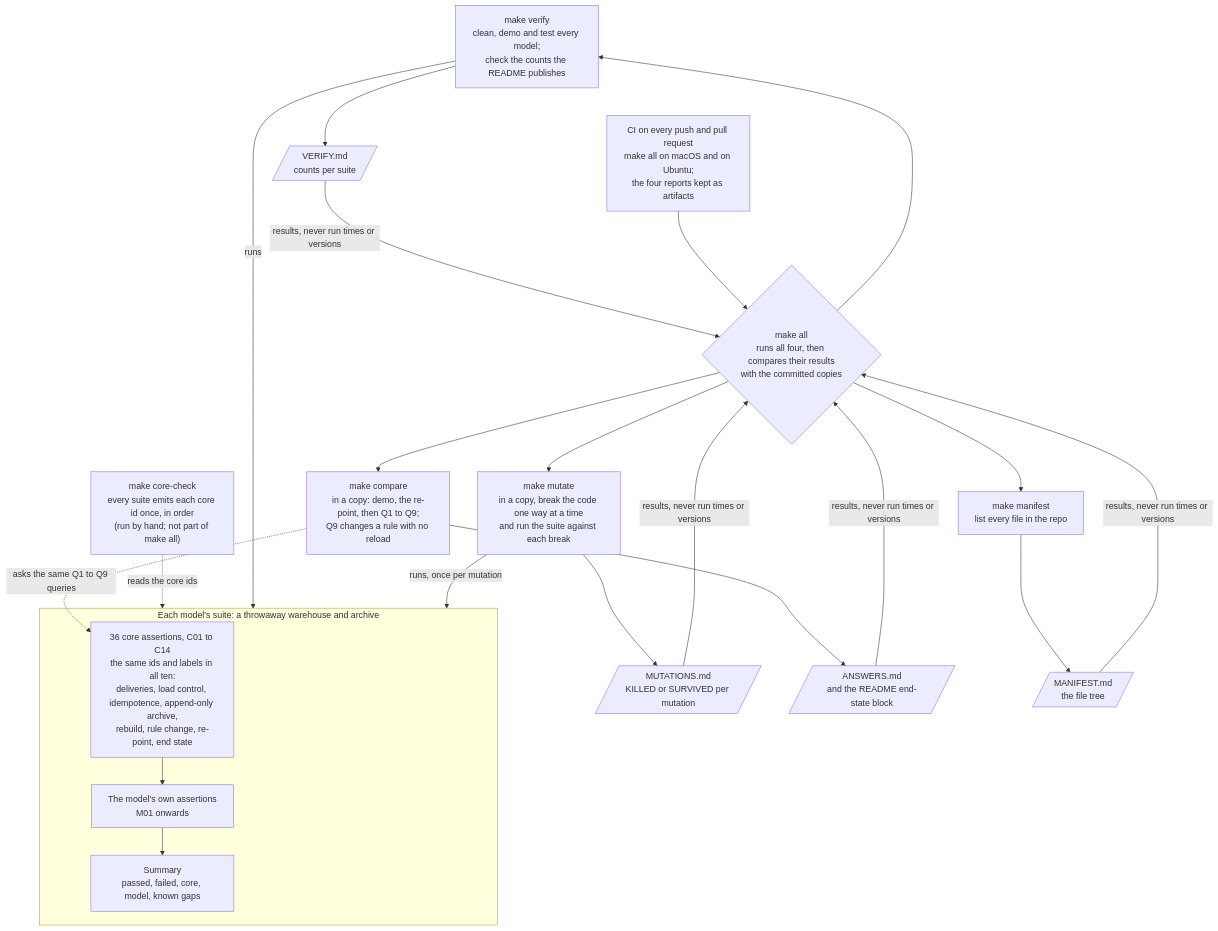
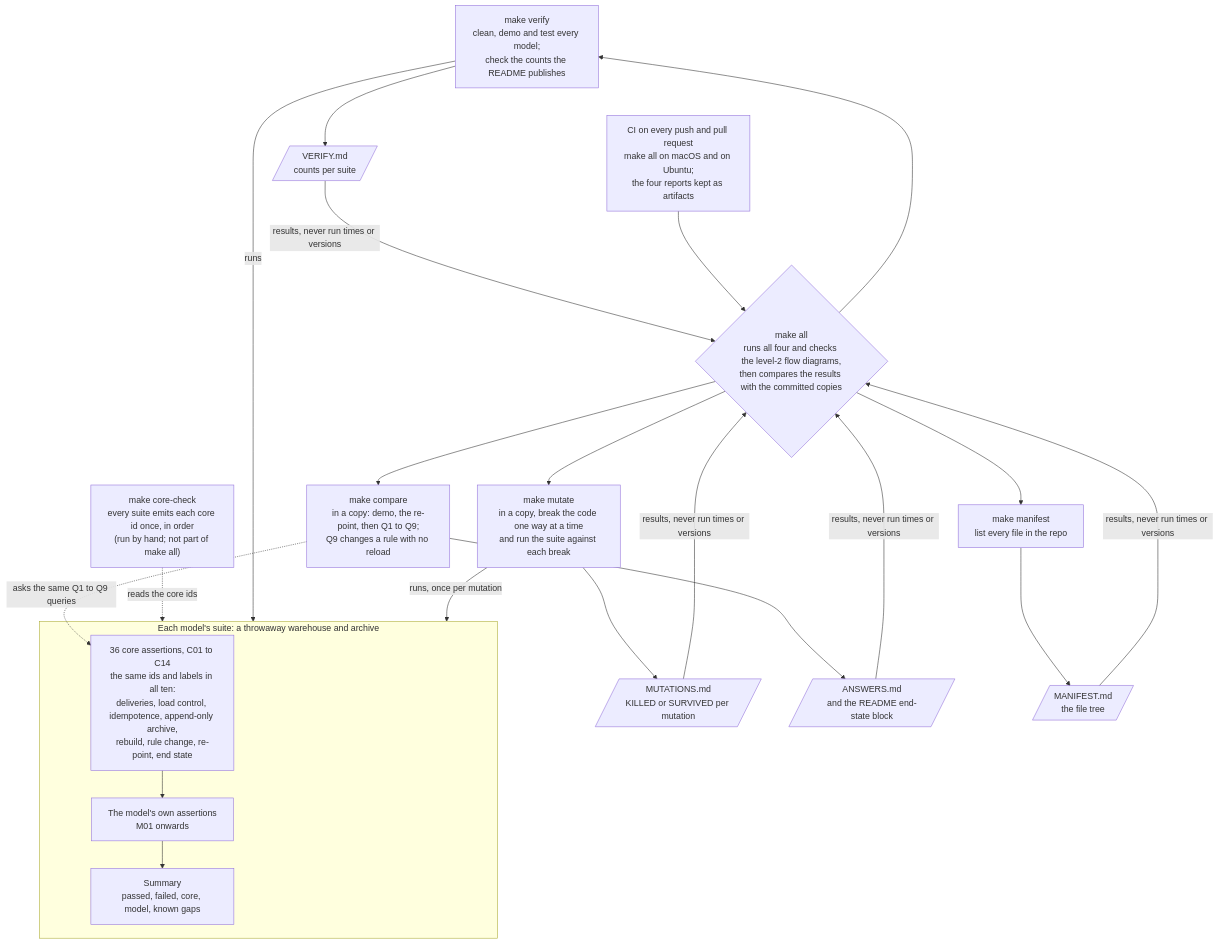
Before and after one commit to brianmcmillan/minimum-viable-warehouse: the diagram in flow-diagrams/mermaid/prove.md, drawn with Mermaid. The commit also changed other lines of this file and 11 other files, not shown here.

````diff
--- a/flow-diagrams/mermaid/prove.md
+++ b/flow-diagrams/mermaid/prove.md
@@ -8,32 +8,32 @@
 ```mermaid
 flowchart TD
   subgraph SU["Each model's suite: a throwaway warehouse and archive"]
     CO["36 core assertions, C01 to C14<br/>the same ids and labels in all ten:<br/>deliveries, load control, idempotence, append-only archive,<br/>rebuild, rule change, re-point, end state"]
     MO["The model's own assertions<br/>M01 onwards"]
     RS["Summary<br/>passed, failed, core, model, known gaps"]
   end
   CC["make core-check<br/>every suite emits each core id once, in order<br/>(run by hand; not part of make all)"]
   VE["make verify<br/>clean, demo and test every model;<br/>check the counts the README publishes"]
   MU["make mutate<br/>in a copy, break the code one way at a time<br/>and run the suite against each break"]
   CP["make compare<br/>in a copy: demo, the re-point, then Q1 to Q9;<br/>Q9 changes a rule with no reload"]
   VR[/"VERIFY.md<br/>counts per suite"/]
   MR[/"MUTATIONS.md<br/>KILLED or SURVIVED per mutation"/]
   AR[/"ANSWERS.md<br/>and the README end-state block"/]
   MA["make manifest<br/>list every file in the repo"]
   MN[/"MANIFEST.md<br/>the file tree"/]
-  AL{"make all<br/>runs all four, then compares their results<br/>with the committed copies"}
+  AL{"make all<br/>runs all four and checks the level-2 flow diagrams,<br/>then compares the results with the committed copies"}
   CI["CI on every push and pull request<br/>make all on macOS and on Ubuntu;<br/>the four reports kept as artifacts"]
 
   CO --> MO --> RS
   CC -. "reads the core ids" .-> SU
   VE -- "runs" --> SU
   MU -- "runs, once per mutation" --> SU
   CP -. "asks the same Q1 to Q9 queries" .-> CO
   VE --> VR
   MU --> MR
   CP --> AR
   MA --> MN
   AL --> VE & MU & CP & MA
   VR & MR & AR & MN -- "results, never run times or versions" --> AL
   CI --> AL
 ```
````
